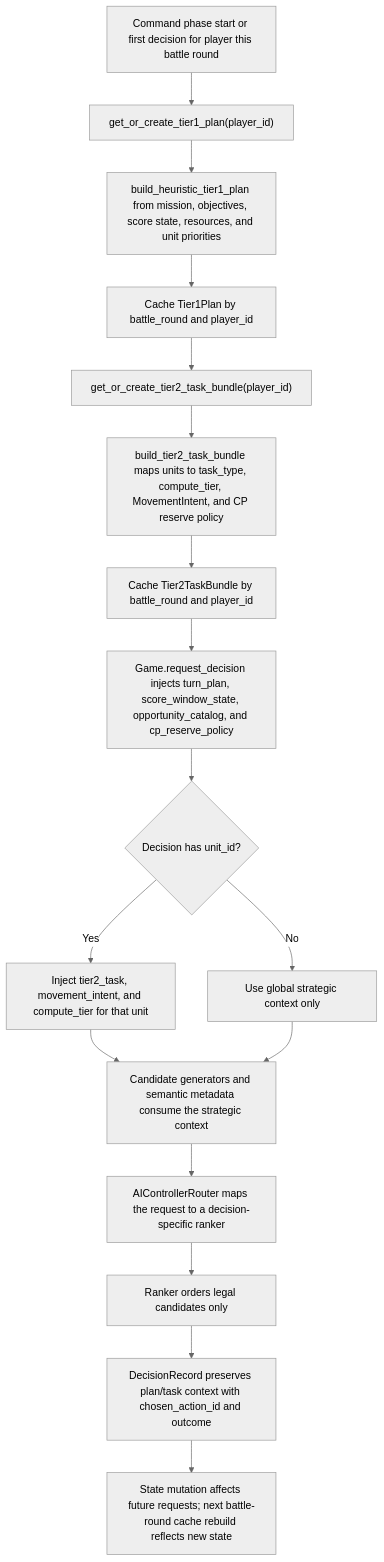
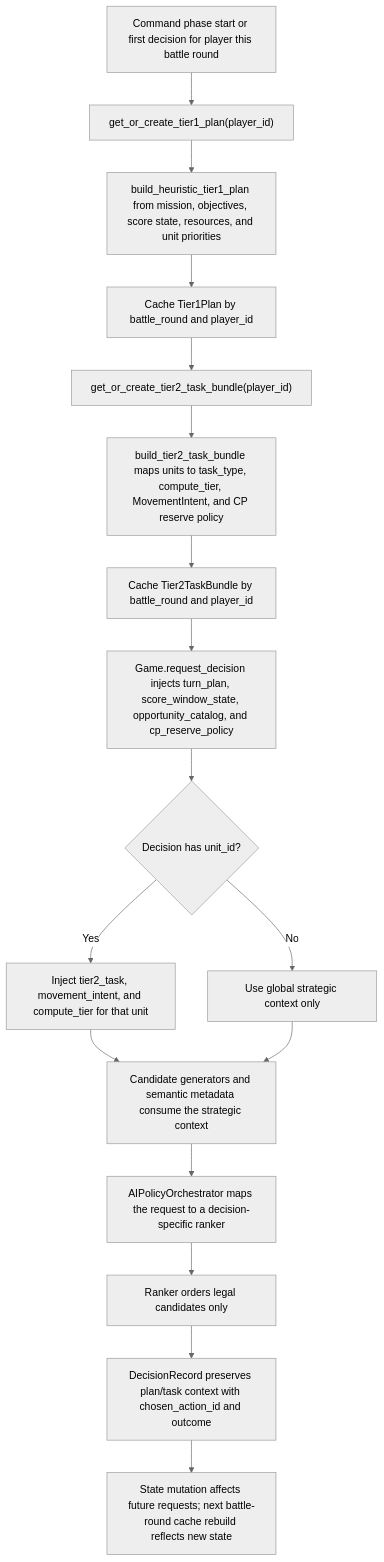
The first of 8 diagrams in docs/AI_POLICY_ORCHESTRATION.md (SobolGaming/Warhammer40k_AI), drawn with Mermaid (neutral theme) before and after one commit. The commit also changed other lines of this file and 44 other files, not shown here.

````diff
--- a/docs/AI_POLICY_ORCHESTRATION.md
+++ b/docs/AI_POLICY_ORCHESTRATION.md
@@ -103,19 +133,19 @@
 ```mermaid
 flowchart TD
   A["Command phase start or first decision for player this battle round"] --> B["get_or_create_tier1_plan(player_id)"]
   B --> C["build_heuristic_tier1_plan from mission, objectives, score state, resources, and unit priorities"]
   C --> D["Cache Tier1Plan by battle_round and player_id"]
   D --> E["get_or_create_tier2_task_bundle(player_id)"]
   E --> F["build_tier2_task_bundle maps units to task_type, compute_tier, MovementIntent, and CP reserve policy"]
   F --> G["Cache Tier2TaskBundle by battle_round and player_id"]
   G --> H["Game.request_decision injects turn_plan, score_window_state, opportunity_catalog, and cp_reserve_policy"]
   H --> I{"Decision has unit_id?"}
   I -->|"Yes"| J["Inject tier2_task, movement_intent, and compute_tier for that unit"]
   I -->|"No"| K["Use global strategic context only"]
   J --> L["Candidate generators and semantic metadata consume the strategic context"]
   K --> L
-  L --> M["AIControllerRouter maps the request to a decision-specific ranker"]
+  L --> M["AIPolicyOrchestrator maps the request to a decision-specific ranker"]
   M --> N["Ranker orders legal candidates only"]
   N --> O["DecisionRecord preserves plan/task context with chosen_action_id and outcome"]
   O --> P["State mutation affects future requests; next battle-round cache rebuild reflects new state"]
 ```
````
